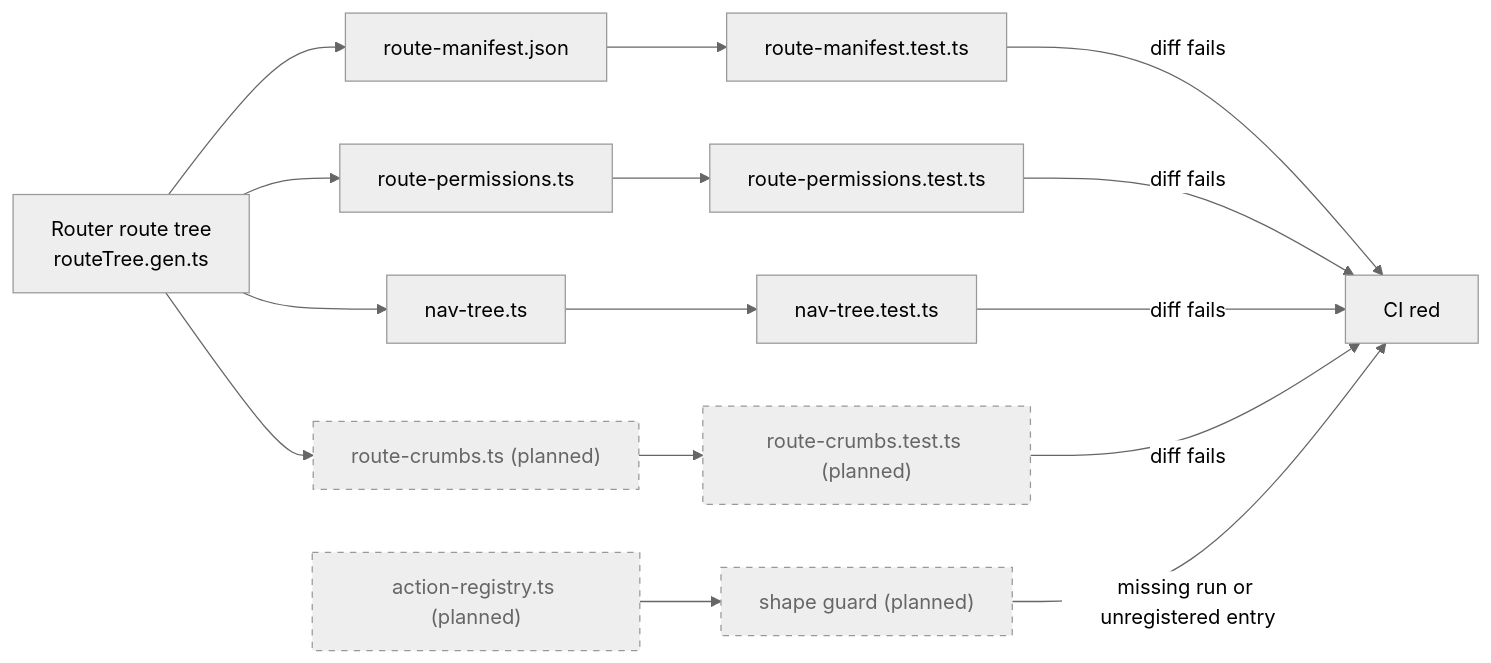
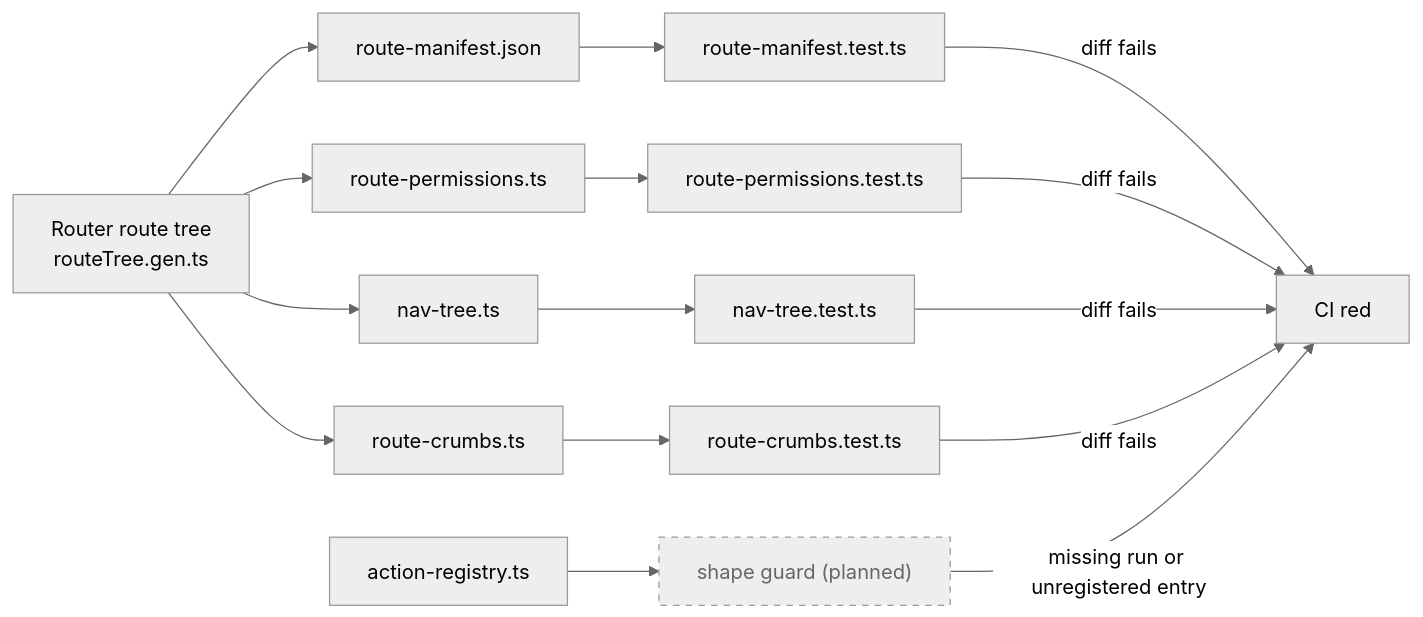
Before and after one commit to tareq89/biddaloy: the ninth of 9 diagrams in docs/architecture/06-frontend-architecture.md, drawn with Mermaid (neutral theme). The commit also changed other lines of this file, not shown here.

First line of the commit message:
docs(06-frontend-architecture): action-registry.ts and route-crumbs.ts ship in this PR

````diff
--- a/docs/architecture/06-frontend-architecture.md
+++ b/docs/architecture/06-frontend-architecture.md
@@ -607,20 +607,20 @@
 ```mermaid
 flowchart LR
     R[Router route tree<br/>routeTree.gen.ts] --> M[route-manifest.json]
     R --> P[route-permissions.ts]
     R --> N[nav-tree.ts]
-    R --> C["route-crumbs.ts (planned)"]
+    R --> C[route-crumbs.ts]
     M --> GM[route-manifest.test.ts]
     P --> GP[route-permissions.test.ts]
     N --> GN[nav-tree.test.ts]
-    C --> GC["route-crumbs.test.ts (planned)"]
+    C --> GC[route-crumbs.test.ts]
     GM -->|diff fails| CI[CI red]
     GP -->|diff fails| CI
     GN -->|diff fails| CI
     GC -->|diff fails| CI
-    A["action-registry.ts (planned)"] --> GA["shape guard (planned)"]
+    A[action-registry.ts] --> GA["shape guard (planned)"]
     GA -->|missing run or unregistered entry| CI
 
     classDef planned stroke-dasharray: 5 5,fill:#eee,color:#666
-    class C,GC,A,GA planned
+    class GA planned
 ```
````
